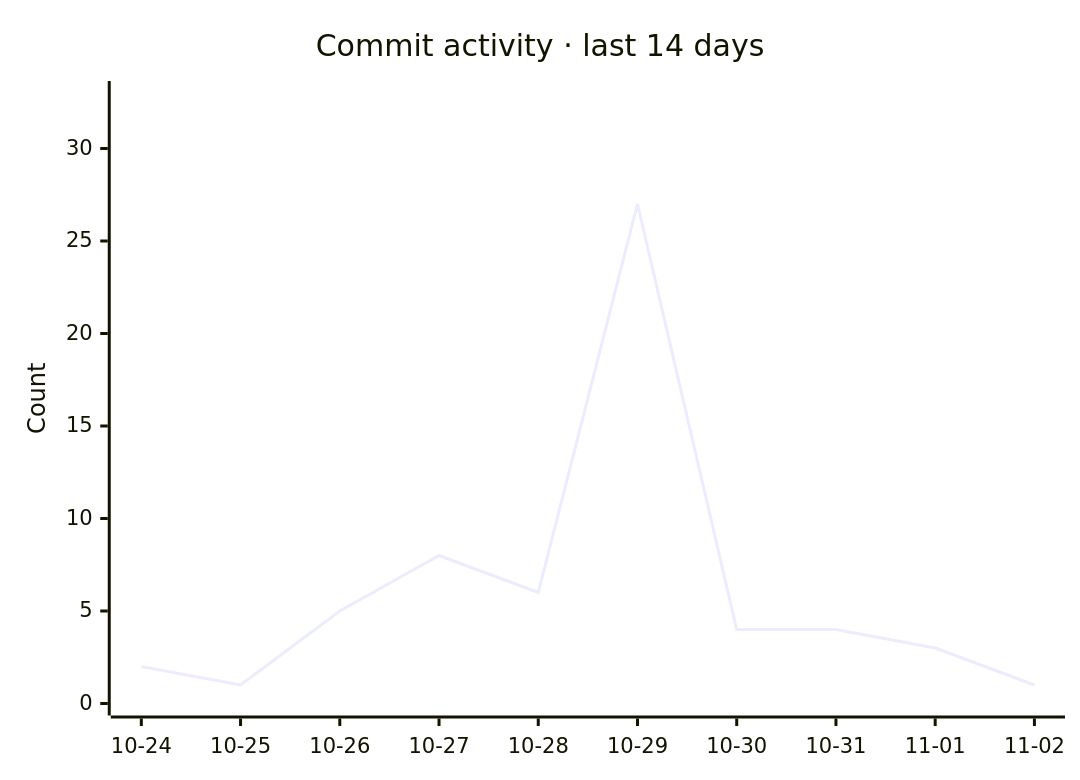
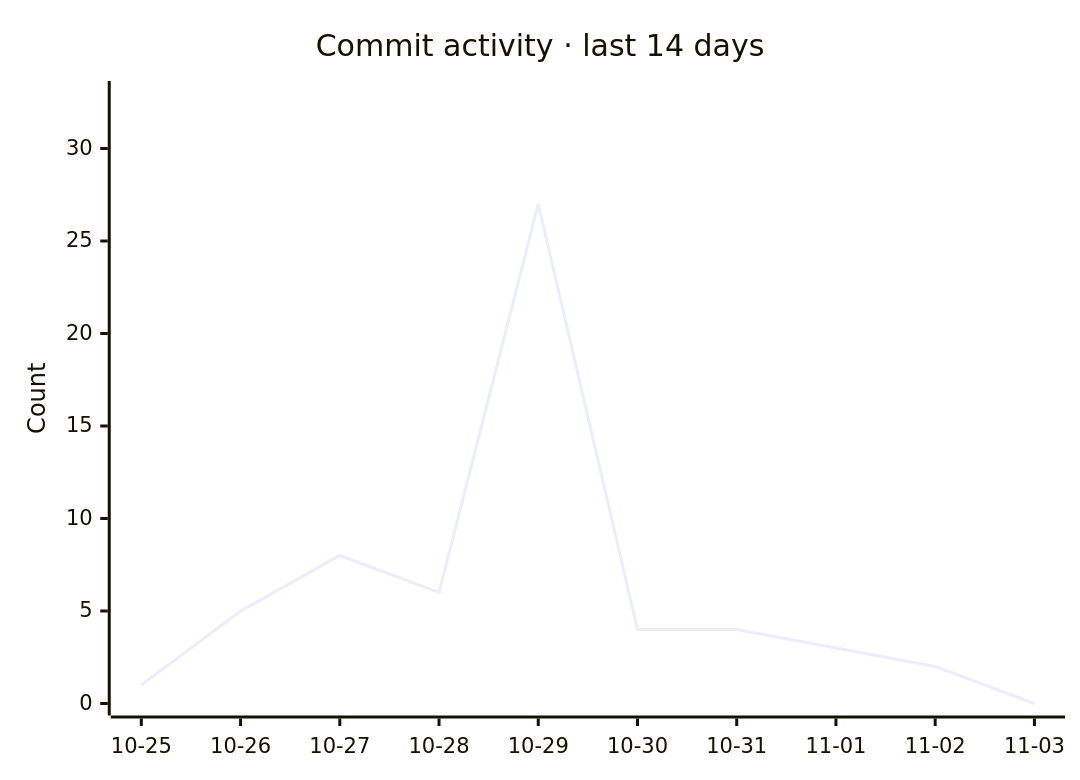
The second of 2 diagrams in README.md (razzaqinspires/whiskay-bot), drawn with Mermaid before and after one commit. The commit also changed other lines of this file and 2 other files, not shown here.

Commit message:
chore(metrics): refresh GitHub traffic and update timestamp [skip ci]

````diff
--- a/README.md
+++ b/README.md
@@ -329,7 +329,7 @@
 ```mermaid
 xychart-beta
     title "Commit activity · last 14 days"
-    x-axis ["10-24", "10-25", "10-26", "10-27", "10-28", "10-29", "10-30", "10-31", "11-01", "11-02"]
+    x-axis ["10-25", "10-26", "10-27", "10-28", "10-29", "10-30", "10-31", "11-01", "11-02", "11-03"]
     y-axis "Count" 0 --> 33
-    line [2, 1, 5, 8, 6, 27, 4, 4, 3, 1]
+    line [1, 5, 8, 6, 27, 4, 4, 3, 2, 0]
 ```
````
